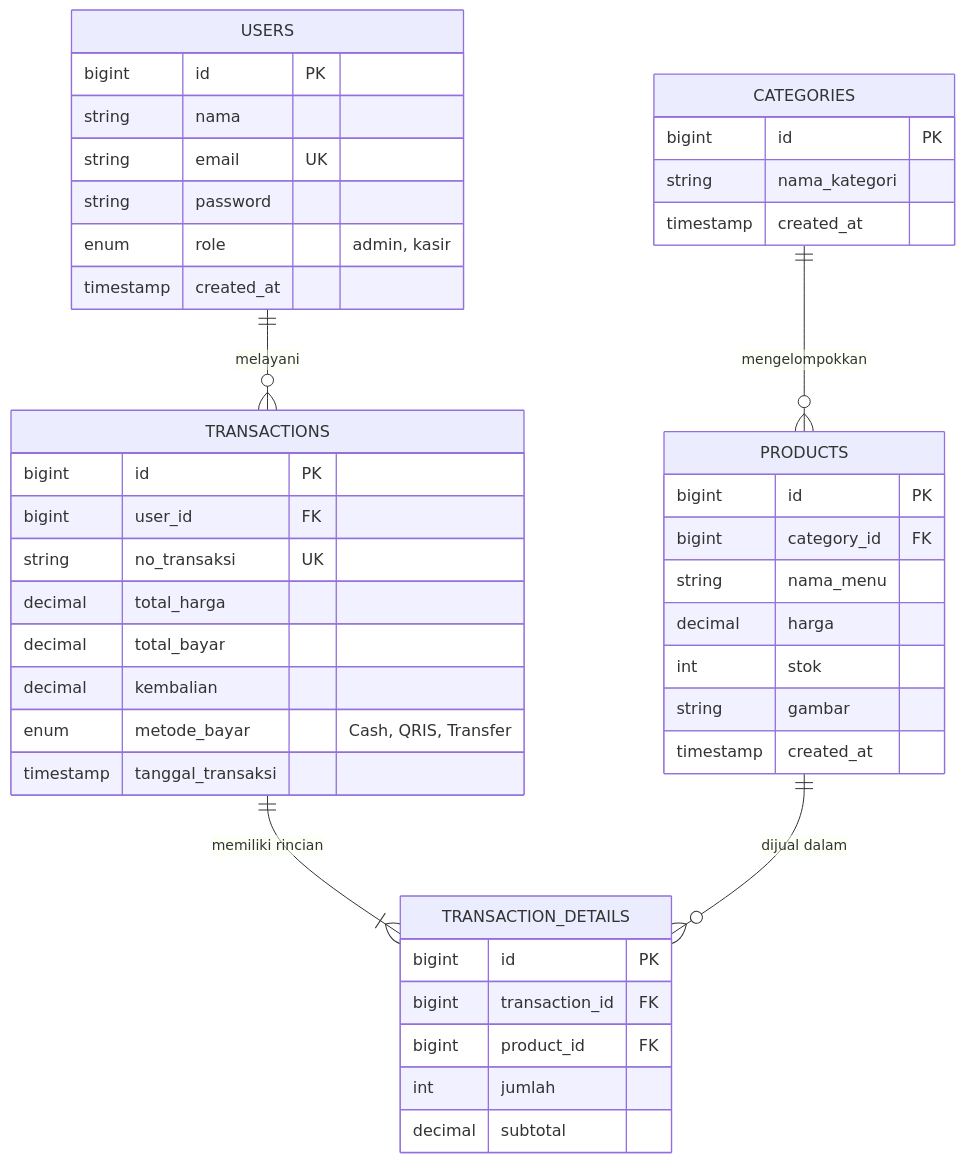
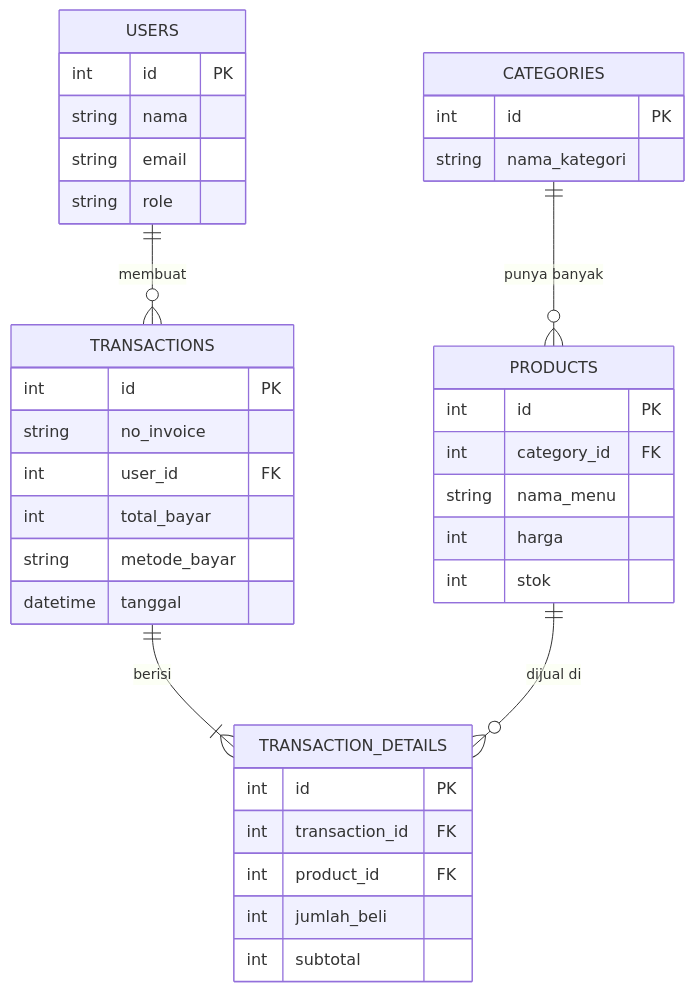
One commit to yanzyuyu/caferj changed the third of 4 diagrams in docs/SRS_Cafe_RJ.md. Above: the diagram before and after it, drawn with Mermaid. The commit also changed other lines of this file, not shown here.

Commit message:
update diagrams with erd and use case from user

````diff
--- a/docs/SRS_Cafe_RJ.md
+++ b/docs/SRS_Cafe_RJ.md
@@ -316,51 +351,44 @@
 ```mermaid
 erDiagram
-    USERS ||--o{ TRANSACTIONS : "melayani"
-    CATEGORIES ||--o{ PRODUCTS : "mengelompokkan"
-    TRANSACTIONS ||--|{ TRANSACTION_DETAILS : "memiliki rincian"
-    PRODUCTS ||--o{ TRANSACTION_DETAILS : "dijual dalam"
-
-    USERS {
-        bigint id PK
-        string nama
-        string email UK
-        string password
-        enum role "admin, kasir"
-        timestamp created_at
-    }
+    CATEGORIES ||--o{ PRODUCTS : "punya banyak"
+    USERS ||--o{ TRANSACTIONS : "membuat"
+    TRANSACTIONS ||--|{ TRANSACTION_DETAILS : "berisi"
+    PRODUCTS ||--o{ TRANSACTION_DETAILS : "dijual di"
 
     CATEGORIES {
-        bigint id PK
+        int id PK
         string nama_kategori
-        timestamp created_at
     }
 
     PRODUCTS {
-        bigint id PK
-        bigint category_id FK
+        int id PK
+        int category_id FK
         string nama_menu
-        decimal harga
+        int harga
         int stok
-        string gambar
-        timestamp created_at
+    }
+
+    USERS {
+        int id PK
+        string nama
+        string email
+        string role
     }
 
     TRANSACTIONS {
-        bigint id PK
-        bigint user_id FK
-        string no_transaksi UK
-        decimal total_harga
-        decimal total_bayar
-        decimal kembalian
-        enum metode_bayar "Cash, QRIS, Transfer"
-        timestamp tanggal_transaksi
+        int id PK
+        string no_invoice
+        int user_id FK
+        int total_bayar
+        string metode_bayar
+        datetime tanggal
     }
 
     TRANSACTION_DETAILS {
-        bigint id PK
-        bigint transaction_id FK
-        bigint product_id FK
-        int jumlah
-        decimal subtotal
+        int id PK
+        int transaction_id FK
+        int product_id FK
+        int jumlah_beli
+        int subtotal
     }
 ```
````
